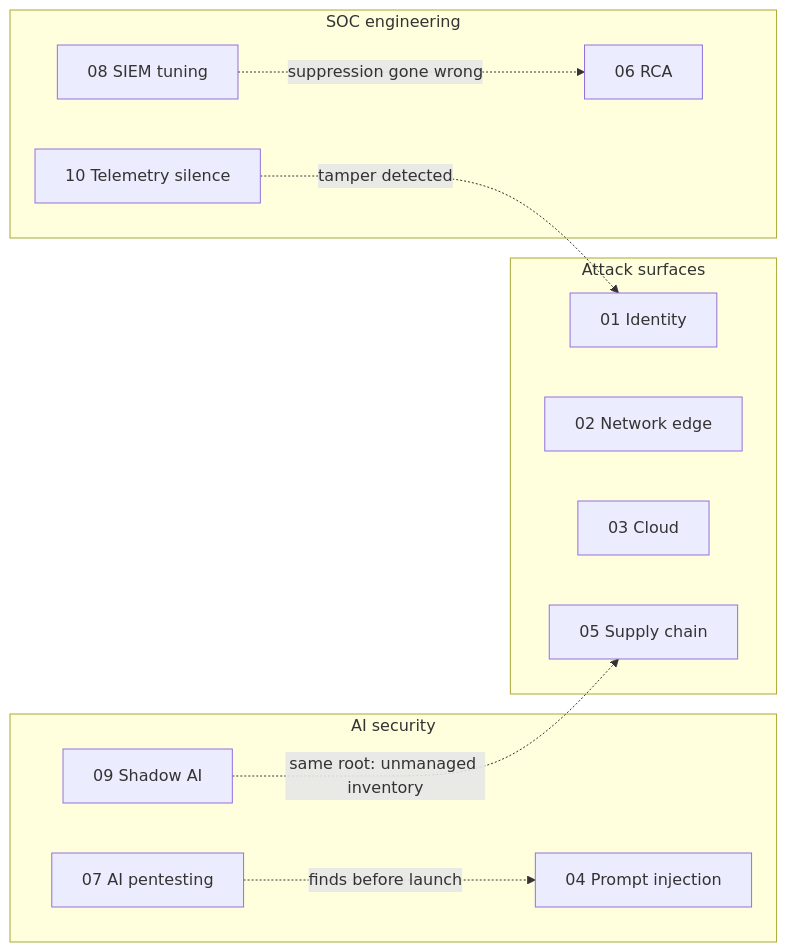
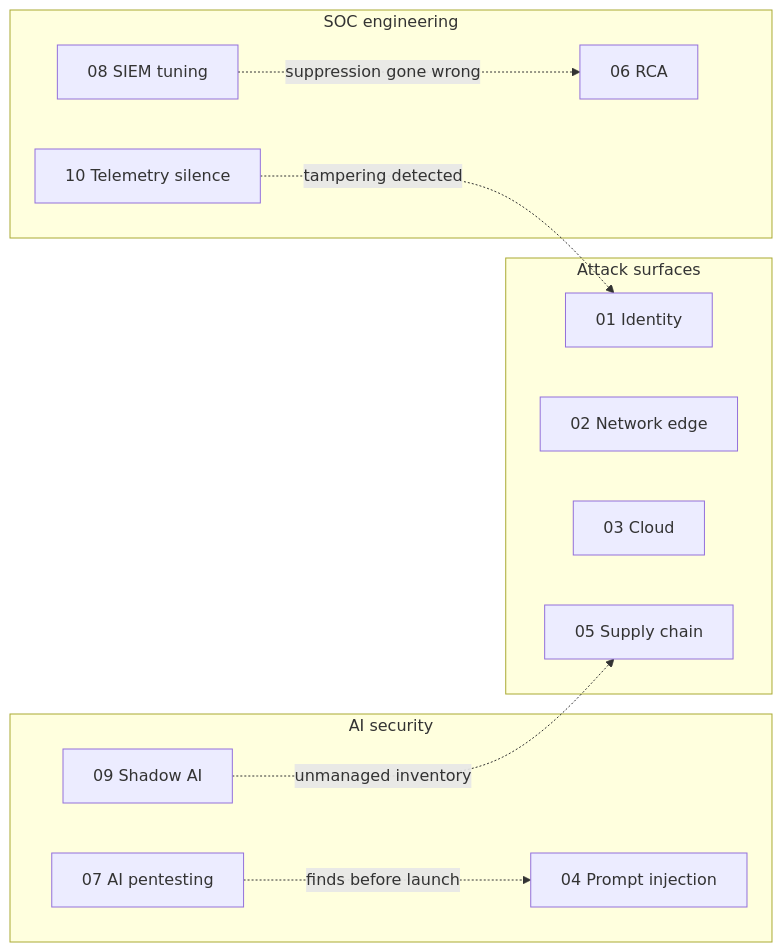
The diagram in README.md (CdxDebian/IR-Playbooks), drawn with Mermaid before and after one commit. The commit also changed other lines of this file, not shown here.

````diff
--- a/README.md
+++ b/README.md
@@ -37,23 +53,23 @@
 ```mermaid
 flowchart LR
     subgraph "Attack surfaces"
     P01["01 Identity"]
     P02["02 Network edge"]
     P03["03 Cloud"]
     P05["05 Supply chain"]
     end
     subgraph "AI security"
     P04["04 Prompt injection"]
     P07["07 AI pentesting"]
     P09["09 Shadow AI"]
     end
     subgraph "SOC engineering"
     P06["06 RCA"]
     P08["08 SIEM tuning"]
     P10["10 Telemetry silence"]
     end
     P07 -.->|"finds before launch"| P04
     P08 -.->|"suppression gone wrong"| P06
-    P10 -.->|"tamper detected"| P01
-    P09 -.->|"same root: unmanaged inventory"| P05
+    P10 -.->|"tampering detected"| P01
+    P09 -.->|"unmanaged inventory"| P05
 ```
````
